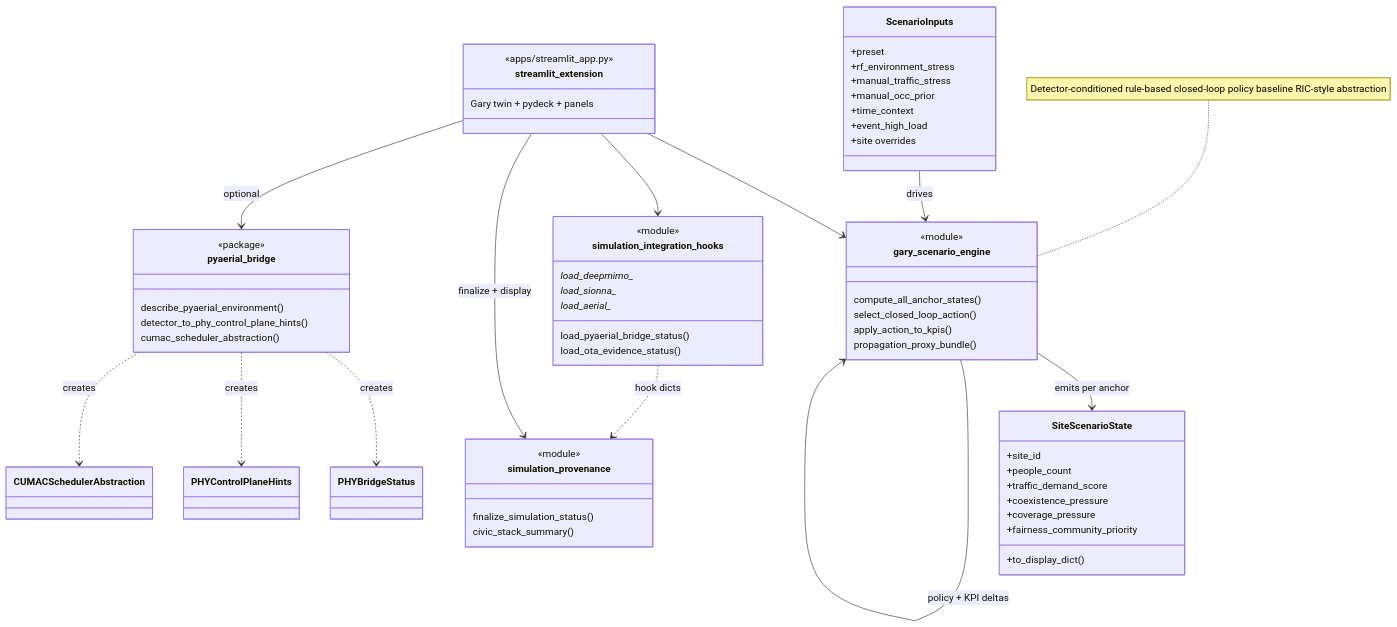
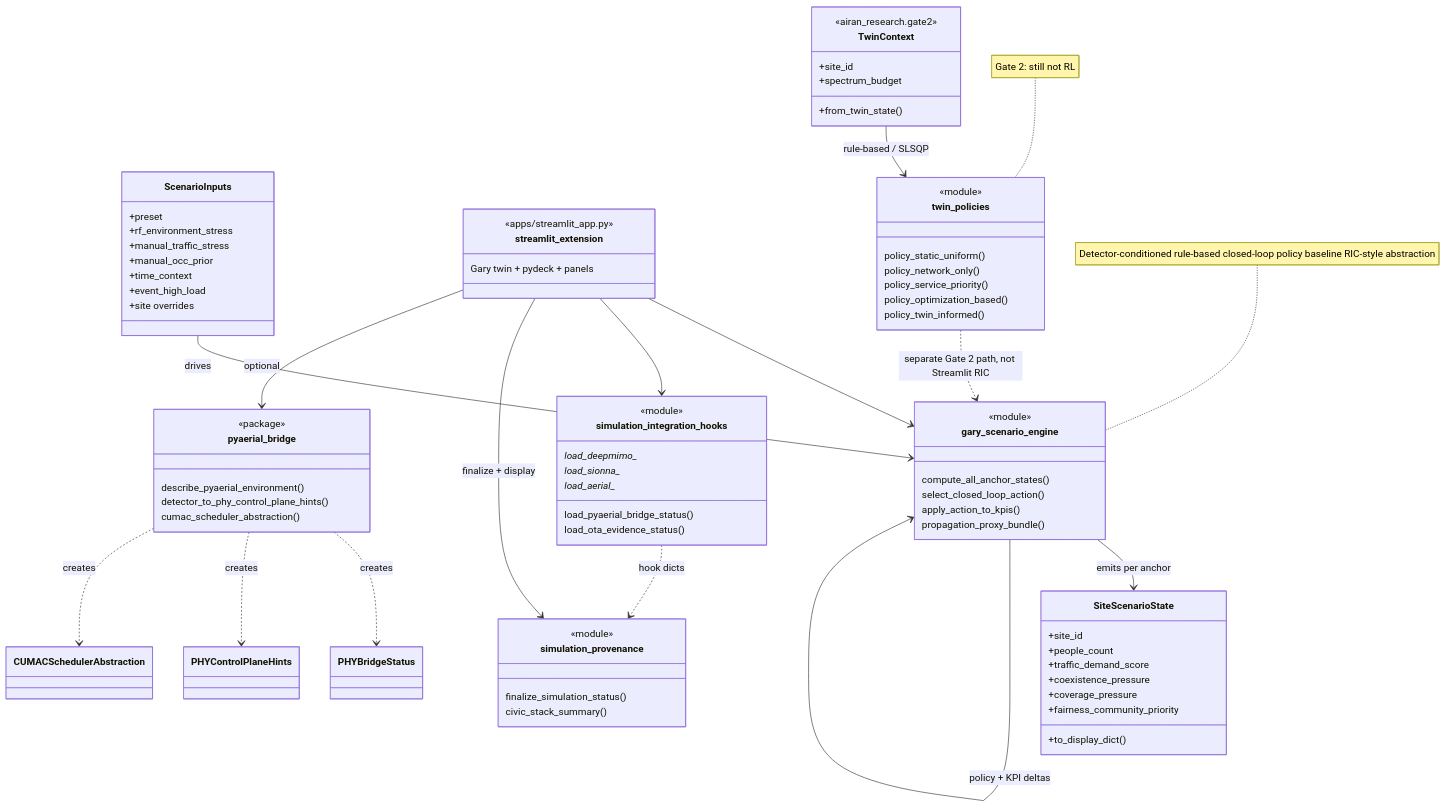
Before and after one commit to gunnchOS3k/spectrumx-ai-ran-gary: the diagram in docs/uml/class_diagram_extension_current.mmd, drawn with Mermaid. The commit also changed 21 other files, not shown here.

First line of the commit message:
Audit current UML against Gate 2 and keep the controller rule-based.

```diff
--- a/docs/uml/class_diagram_extension_current.mmd
+++ b/docs/uml/class_diagram_extension_current.mmd
@@ -1,77 +1,97 @@
 classDiagram
   direction TB
 
   class ScenarioInputs {
     +preset
     +rf_environment_stress
     +manual_traffic_stress
     +manual_occ_prior
     +time_context
     +event_high_load
     +site overrides
   }
 
   class SiteScenarioState {
     +site_id
     +people_count
     +traffic_demand_score
     +coexistence_pressure
     +coverage_pressure
     +fairness_community_priority
     +to_display_dict()
   }
 
   class gary_scenario_engine {
     <<module>>
     compute_all_anchor_states()
     select_closed_loop_action()
     apply_action_to_kpis()
     propagation_proxy_bundle()
   }
 
   class simulation_integration_hooks {
     <<module>>
     load_deepmimo_*
     load_sionna_*
     load_aerial_*
     load_pyaerial_bridge_status()
     load_ota_evidence_status()
   }
 
   class simulation_provenance {
     <<module>>
     finalize_simulation_status()
     civic_stack_summary()
   }
 
   class streamlit_extension {
     <<apps/streamlit_app.py>>
     Gary twin + pydeck + panels
   }
 
   class PHYBridgeStatus
   class PHYControlPlaneHints
   class CUMACSchedulerAbstraction
 
   class pyaerial_bridge {
     <<package>>
     describe_pyaerial_environment()
     detector_to_phy_control_plane_hints()
     cumac_scheduler_abstraction()
   }
 
+  class TwinContext {
+    <<airan_research.gate2>>
+    +site_id
+    +spectrum_budget
+    +from_twin_state()
+  }
+
+  class twin_policies {
+    <<module>>
+    policy_static_uniform()
+    policy_network_only()
+    policy_service_priority()
+    policy_optimization_based()
+    policy_twin_informed()
+  }
+
   ScenarioInputs --> gary_scenario_engine : drives
   gary_scenario_engine --> SiteScenarioState : emits per anchor
   gary_scenario_engine --> gary_scenario_engine : policy + KPI deltas
 
   streamlit_extension --> gary_scenario_engine
   streamlit_extension --> simulation_integration_hooks
   streamlit_extension --> simulation_provenance : finalize + display
   simulation_integration_hooks ..> simulation_provenance : hook dicts
 
+  TwinContext --> twin_policies : rule-based / SLSQP
+  twin_policies ..> gary_scenario_engine : separate Gate 2 path, not Streamlit RIC
+
   pyaerial_bridge ..> PHYBridgeStatus : creates
   pyaerial_bridge ..> PHYControlPlaneHints : creates
   pyaerial_bridge ..> CUMACSchedulerAbstraction : creates
   streamlit_extension --> pyaerial_bridge : optional
 
   note for gary_scenario_engine "Detector-conditioned rule-based closed-loop policy baseline RIC-style abstraction"
+  note for twin_policies "Gate 2: still not RL"
```
